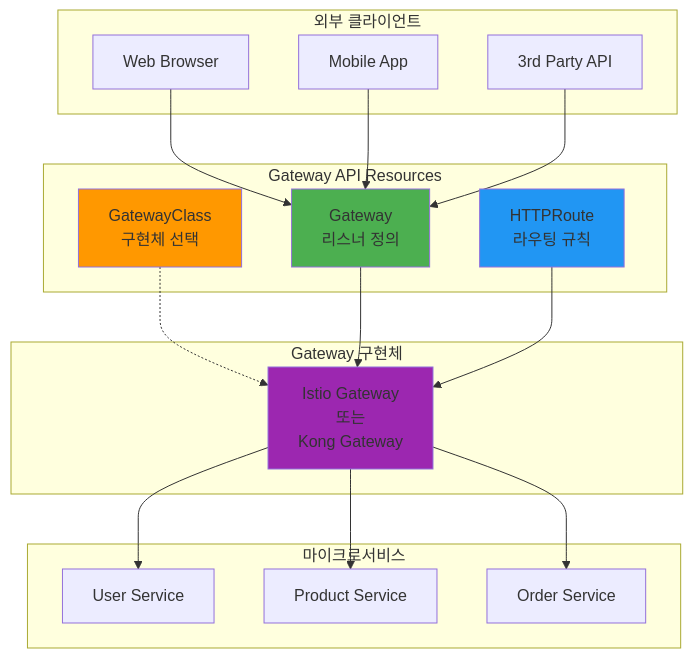
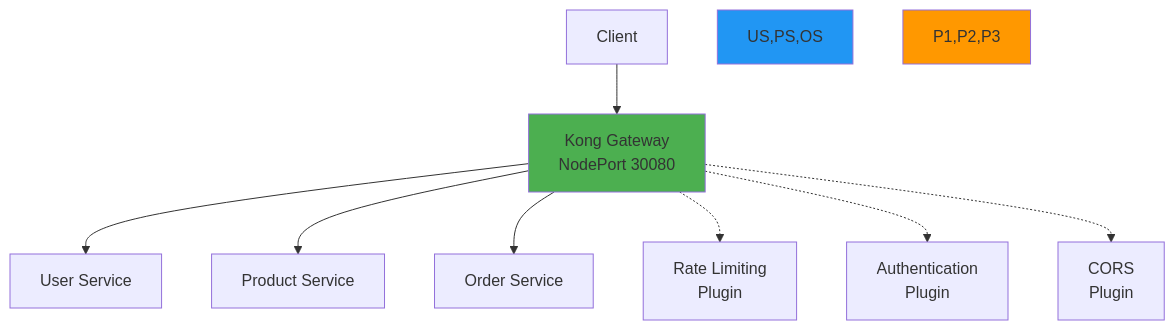
The first of 2 diagrams in theory/week_04/day2/README.md (niceguy61/kdt_devops_lecture_2025), drawn with Mermaid before and after one commit. The commit also changed other lines of this file and 12 other files, not shown here.

````diff
--- a/theory/week_04/day2/README.md
+++ b/theory/week_04/day2/README.md
@@ -237,41 +185,16 @@
 ```mermaid
 graph TB
-    subgraph "외부 클라이언트"
-        C1[Web Browser]
-        C2[Mobile App]
-        C3[3rd Party API]
-    end
+    C[Client] --> Kong[Kong Gateway<br/>NodePort 30080]
     
-    subgraph "Gateway API Resources"
-        GC[GatewayClass<br/>구현체 선택]
-        GW[Gateway<br/>리스너 정의]
-        HR[HTTPRoute<br/>라우팅 규칙]
-    end
+    Kong --> US[User Service]
+    Kong --> PS[Product Service]
+    Kong --> OS[Order Service]
     
-    subgraph "Gateway 구현체"
-        I[Istio Gateway<br/>또는<br/>Kong Gateway]
-    end
+    Kong -.-> P1[Rate Limiting<br/>Plugin]
+    Kong -.-> P2[Authentication<br/>Plugin]
+    Kong -.-> P3[CORS<br/>Plugin]
     
-    subgraph "마이크로서비스"
-        S1[User Service]
-        S2[Product Service]
-        S3[Order Service]
-    end
-    
-    C1 --> GW
-    C2 --> GW
-    C3 --> GW
-    
-    GC -.-> I
-    GW --> I
-    HR --> I
-    
-    I --> S1
-    I --> S2
-    I --> S3
-    
-    style GC fill:#ff9800
-    style GW fill:#4caf50
-    style HR fill:#2196f3
-    style I fill:#9c27b0
+    style Kong fill:#4caf50
+    style US,PS,OS fill:#2196f3
+    style P1,P2,P3 fill:#ff9800
 ```
````
